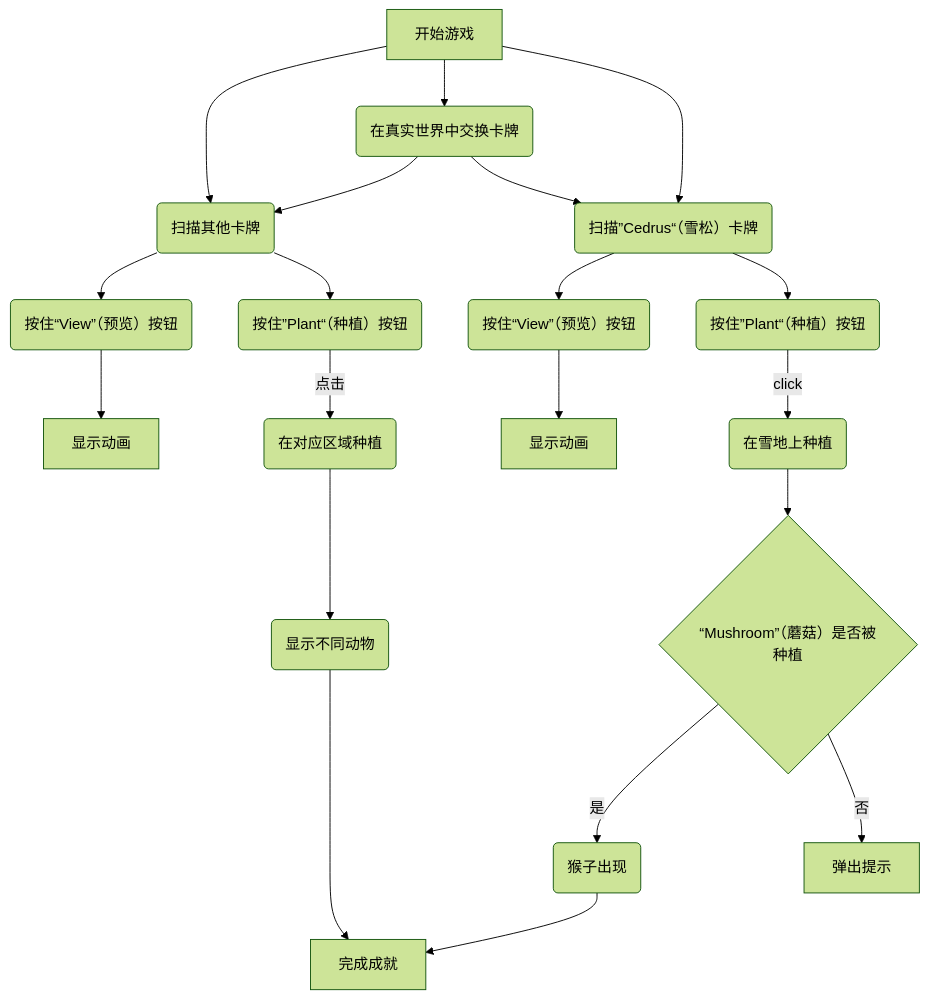
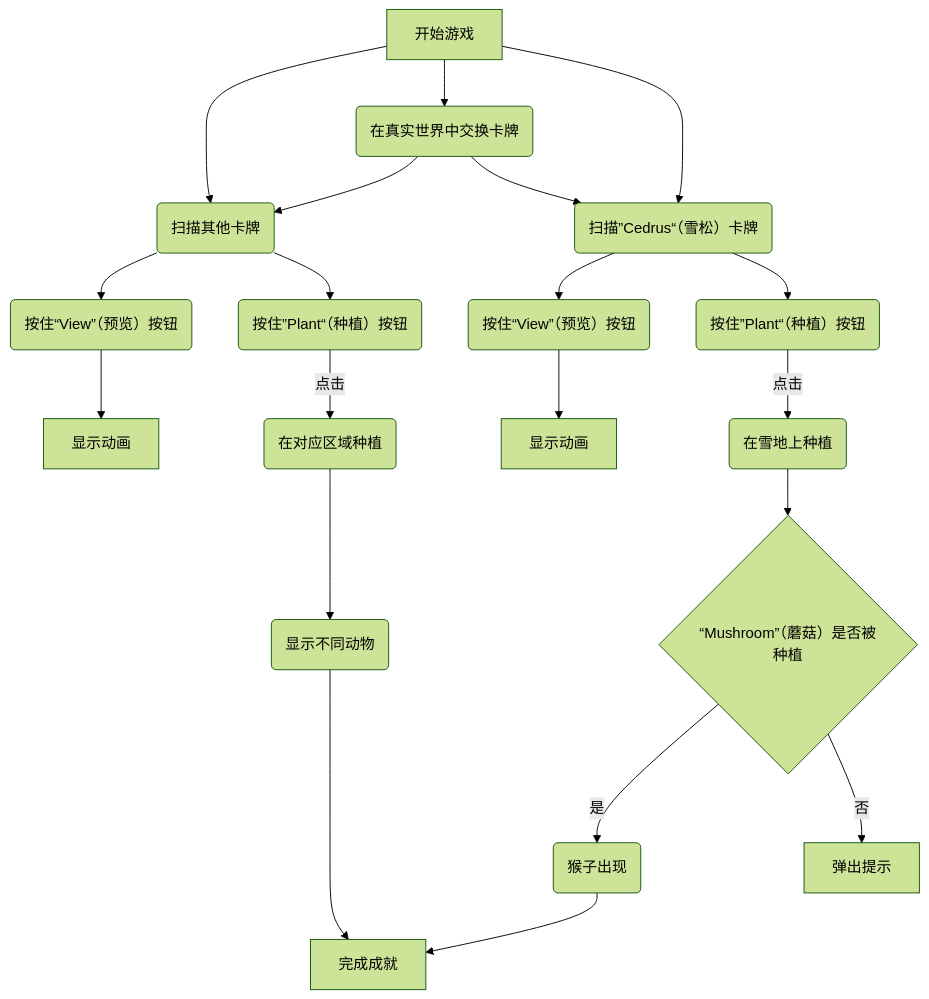
Before and after one commit to zhangxiangna/CreativeMakingFinalProject: the diagram in README.md, drawn with Mermaid (forest theme).

````diff
--- a/README.md
+++ b/README.md
@@ -26,22 +26,22 @@
 ```mermaid
 flowchart  TD;
     A[开始游戏] --> B(扫描其他卡牌)
     A -->S(在真实世界中交换卡牌)
     S -->B 
     S -->E 
     B --> D(按住“View”（预览）按钮)
     A -->E(扫描”Cedrus“（雪松）卡牌)
     B -->G(按住”Plant“（种植）按钮)
     G --点击-->C(在对应区域种植)
     C -->H(显示不同动物)
     E -->J(按住“View”（预览）按钮)
     J -->Q[显示动画]
     D -->R[显示动画]
     E -->K(按住”Plant“（种植）按钮)
-    K --click-->N(在雪地上种植)
+    K --点击-->N(在雪地上种植)
     N -->L{“Mushroom”（蘑菇）是否被种植}
     L --是-->M(猴子出现)
     L --否-->O[弹出提示]
     M -->P[完成成就]
     H -->P
 ```
````
